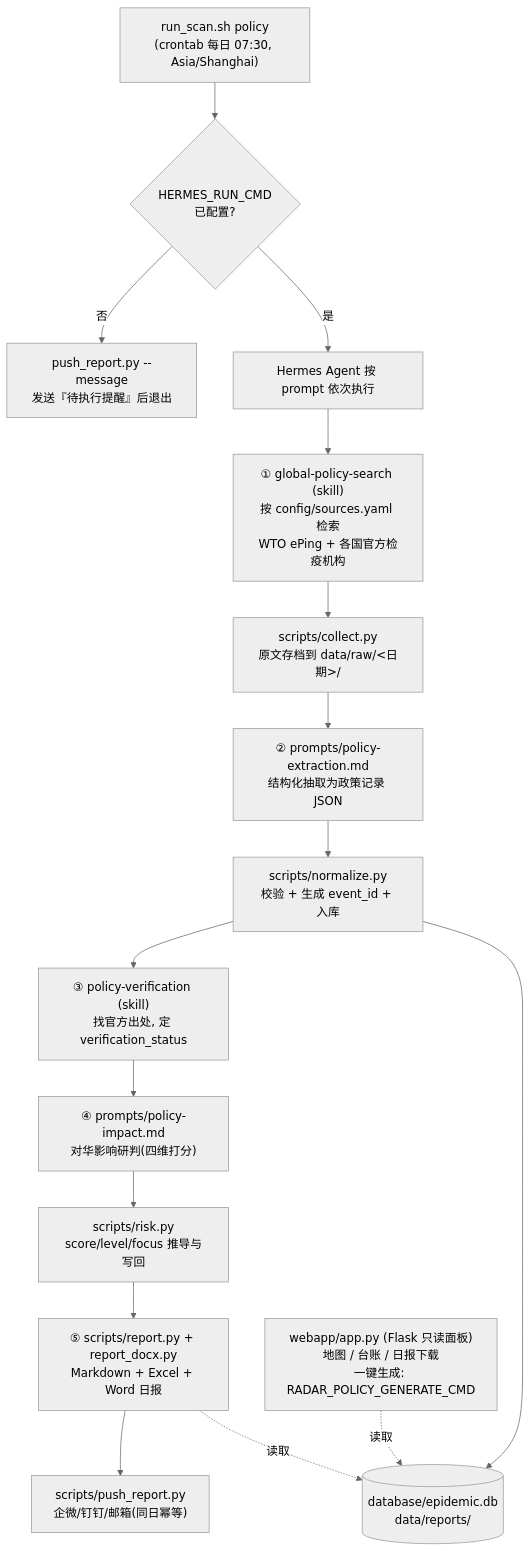
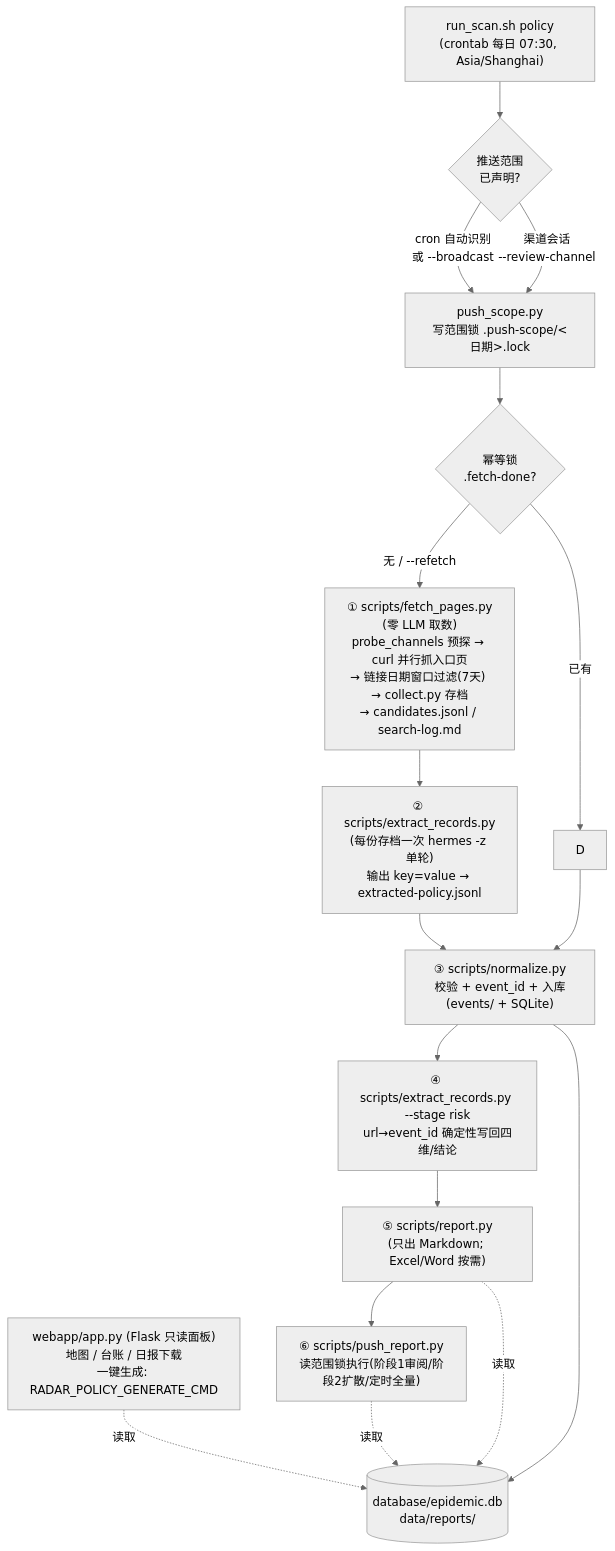
Before and after one commit to AllanYoyo/global-epidemic-ai: the diagram in ARCHITECTURE.md, drawn with Mermaid (neutral theme). The commit also changed other lines of this file and 4 other files, not shown here.

````diff
--- a/ARCHITECTURE.md
+++ b/ARCHITECTURE.md
@@ -7,18 +9,19 @@
 ```mermaid
 flowchart TD
-    A["run_scan.sh policy<br/>(crontab 每日 07:30, Asia/Shanghai)"] --> B{"HERMES_RUN_CMD<br/>已配置?"}
-    B -- "否" --> B2["push_report.py --message<br/>发送『待执行提醒』后退出"]
-    B -- "是" --> C["Hermes Agent 按 prompt 依次执行"]
-    C --> D["① global-policy-search (skill)<br/>按 config/sources.yaml 检索<br/>WTO ePing + 各国官方检疫机构"]
-    D --> D1["scripts/collect.py<br/>原文存档到 data/raw/&lt;日期&gt;/"]
-    D1 --> E["② prompts/policy-extraction.md<br/>结构化抽取为政策记录 JSON"]
-    E --> F["scripts/normalize.py<br/>校验 + 生成 event_id + 入库"]
-    F --> G["③ policy-verification (skill)<br/>找官方出处, 定 verification_status"]
-    G --> H["④ prompts/policy-impact.md<br/>对华影响研判(四维打分)"]
-    H --> I["scripts/risk.py<br/>score/level/focus 推导与写回"]
-    I --> J["⑤ scripts/report.py + report_docx.py<br/>Markdown + Excel + Word 日报"]
-    J --> K["scripts/push_report.py<br/>企微/钉钉/邮箱(同日幂等)"]
+    A["run_scan.sh policy<br/>(crontab 每日 07:30, Asia/Shanghai)"] --> B{"推送范围<br/>已声明?"}
+    B -- "cron 自动识别<br/>或 --broadcast" --> S0["push_scope.py<br/>写范围锁 .push-scope/&lt;日期&gt;.lock"]
+    B -- "渠道会话<br/>--review-channel" --> S0
+    S0 --> C{"幂等锁<br/>.fetch-done?"}
+    C -- "已有" --> D
+    C -- "无 / --refetch" --> E["① scripts/fetch_pages.py<br/>(零 LLM 取数)<br/>probe_channels 预探 → curl 并行抓入口页<br/>→ 链接日期窗口过滤(7天) → collect.py 存档<br/>→ candidates.jsonl / search-log.md"]
+    E --> F["② scripts/extract_records.py<br/>(每份存档一次 hermes -z 单轮)<br/>输出 key=value → extracted-policy.jsonl"]
+    F --> G["③ scripts/normalize.py<br/>校验 + event_id + 入库(events/ + SQLite)"]
+    G --> H["④ scripts/extract_records.py --stage risk<br/>url→event_id 确定性写回四维/结论"]
+    H --> I["⑤ scripts/report.py<br/>(只出 Markdown; Excel/Word 按需)"]
+    I --> J["⑥ scripts/push_report.py<br/>读范围锁执行(阶段1审阅/阶段2扩散/定时全量)"]
+    D --> G
     L["webapp/app.py (Flask 只读面板)<br/>地图 / 台账 / 日报下载<br/>一键生成: RADAR_POLICY_GENERATE_CMD"] -.读取.-> M[("database/epidemic.db<br/>data/reports/")]
     J -.读取.-> M
-    F --> M
+    I -.读取.-> M
+    G --> M
 ```
````
